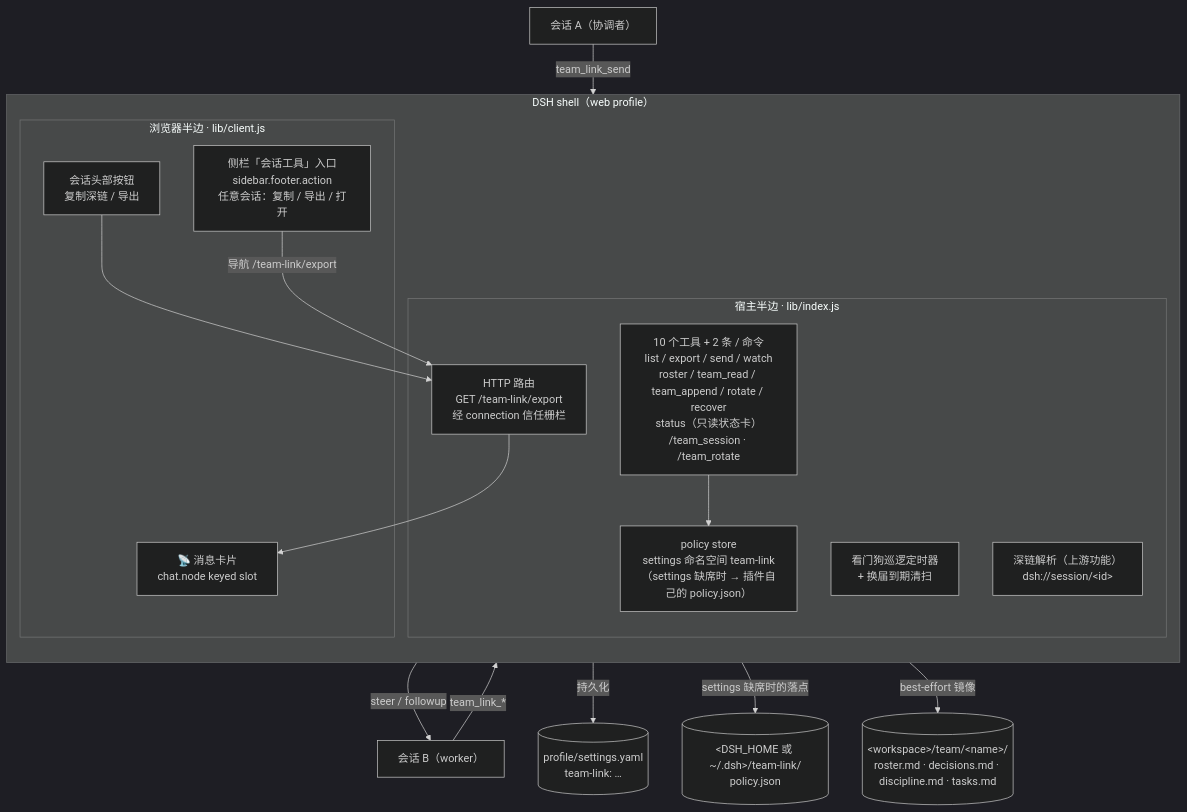
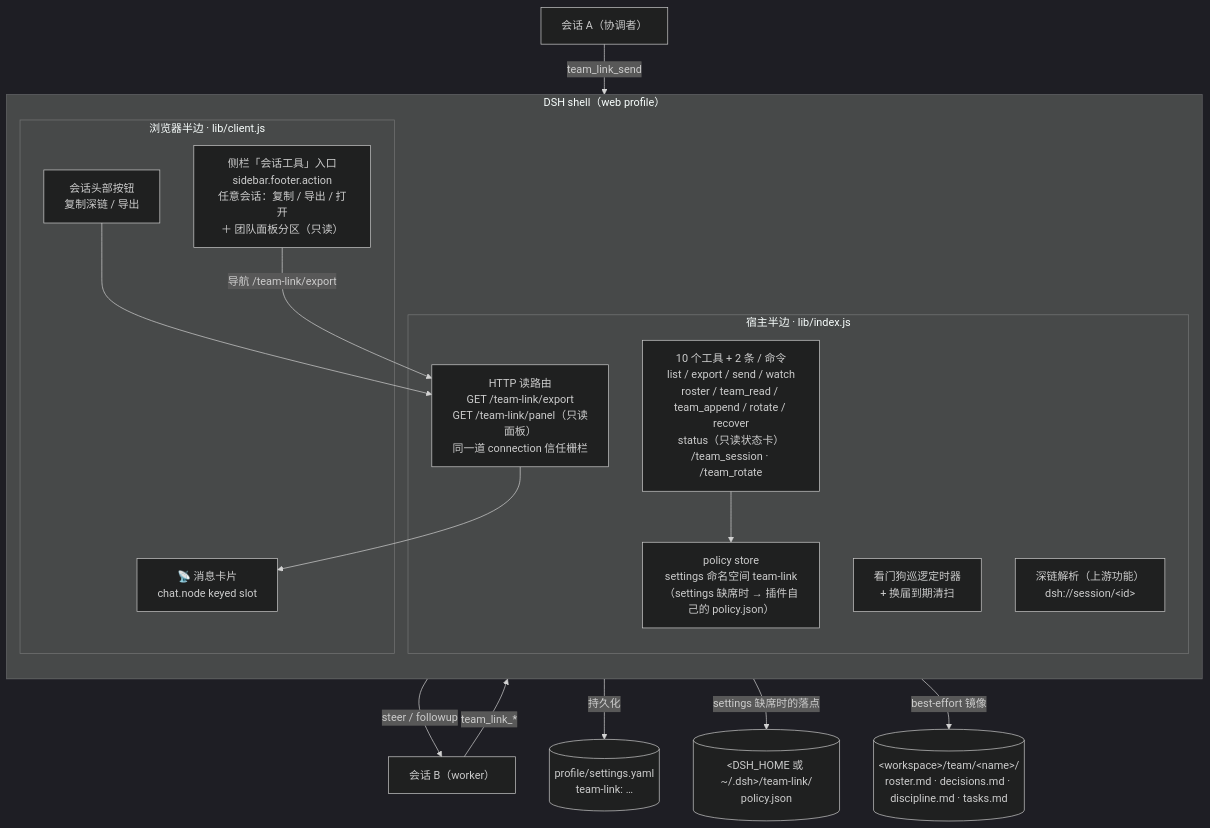
The first of 7 diagrams in README.md (shenhuanageshei/dsh-team-link), drawn with Mermaid (dark theme) before and after one commit. The commit also changed other lines of this file and 9 other files, not shown here.

````diff
--- a/README.md
+++ b/README.md
@@ -205,28 +205,28 @@
 ```mermaid
 flowchart TB
     subgraph Shell["DSH shell（web profile）"]
         direction TB
         subgraph Host["宿主半边 · lib/index.js"]
             T["10 个工具 + 2 条 / 命令<br/>list / export / send / watch<br/>roster / team_read / team_append / rotate / recover<br/>status（只读状态卡）<br/>/team_session · /team_rotate"]
-            R["HTTP 路由<br/>GET /team-link/export<br/>经 connection 信任栅栏"]
+            R["HTTP 读路由<br/>GET /team-link/export<br/>GET /team-link/panel（只读面板）<br/>同一道 connection 信任栅栏"]
             W["看门狗巡逻定时器<br/>+ 换届到期清扫"]
             DL["深链解析（上游功能）<br/>dsh://session/&lt;id&gt;"]
             ST["policy store<br/>settings 命名空间 team-link<br/>（settings 缺席时 → 插件自己的 policy.json）"]
         end
         subgraph Client["浏览器半边 · lib/client.js"]
             CARD["📡 消息卡片<br/>chat.node keyed slot"]
             BTN["会话头部按钮<br/>复制深链 / 导出"]
-            SLOT["侧栏「会话工具」入口<br/>sidebar.footer.action<br/>任意会话：复制 / 导出 / 打开"]
+            SLOT["侧栏「会话工具」入口<br/>sidebar.footer.action<br/>任意会话：复制 / 导出 / 打开<br/>＋ 团队面板分区（只读）"]
         end
     end
     S1["会话 A（协调者）"] -->|team_link_send| T
     S2["会话 B（worker）"] -->|team_link_*| T
     T -->|steer / followup| S2
     T --> ST
     ST -->|持久化| YAML[("profile/settings.yaml<br/>team-link: …")]
     ST -->|settings 缺席时的落点| PFILE[("&lt;DSH_HOME 或 ~/.dsh&gt;/team-link/<br/>policy.json")]
     T -->|best-effort 镜像| BB[("&lt;workspace&gt;/team/&lt;name&gt;/<br/>roster.md · decisions.md · discipline.md · tasks.md")]
     R --> CARD
     BTN --> R
     SLOT -->|导航 /team-link/export| R
 ```
````
